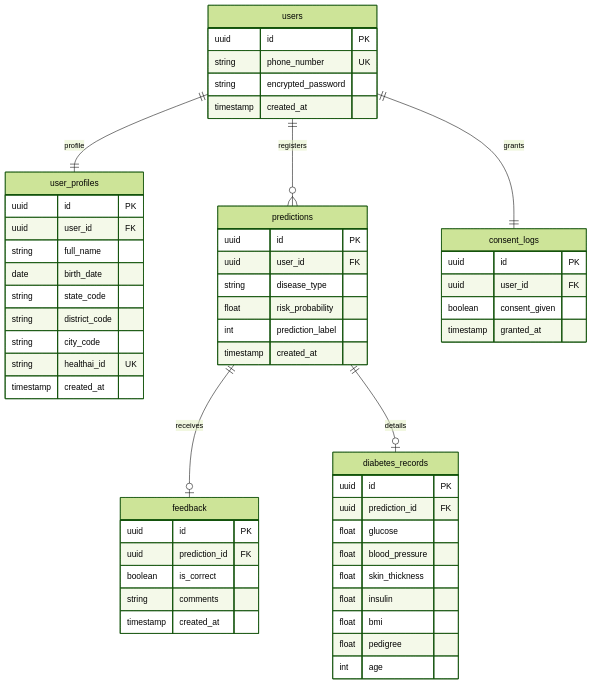
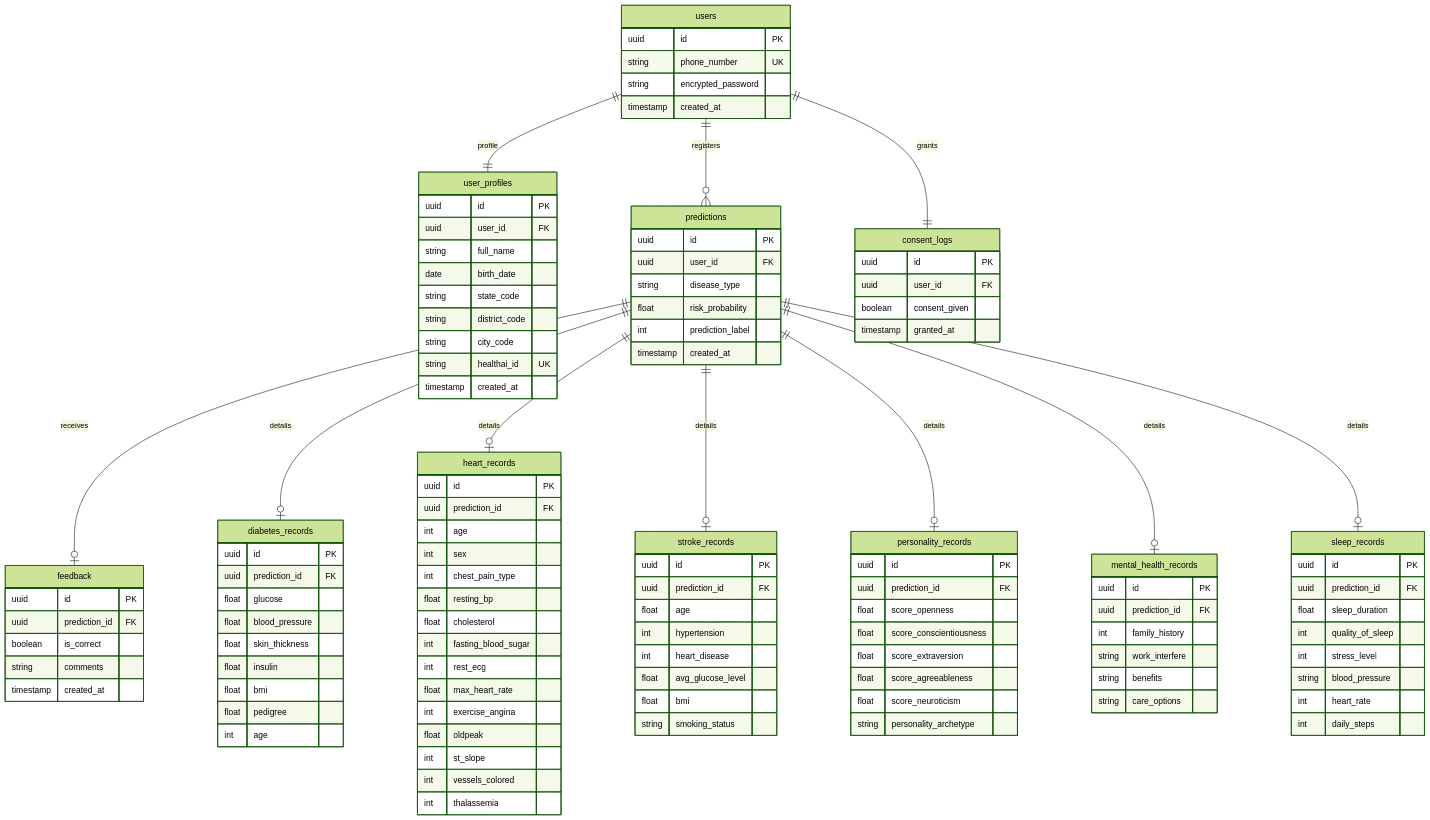
Before and after one commit to Subhadip-Paul2006/HealthCare-Model: the second of 3 diagrams in docs/THEORY.md, drawn with Mermaid (forest theme).

Commit message:
Modification of the specs

````diff
--- a/docs/THEORY.md
+++ b/docs/THEORY.md
@@ -352,10 +352,70 @@
         float pedigree
         int age
     }
+    heart_records {
+        uuid id PK
+        uuid prediction_id FK
+        int age
+        int sex
+        int chest_pain_type
+        float resting_bp
+        float cholesterol
+        int fasting_blood_sugar
+        int rest_ecg
+        float max_heart_rate
+        int exercise_angina
+        float oldpeak
+        int st_slope
+        int vessels_colored
+        int thalassemia
+    }
+    stroke_records {
+        uuid id PK
+        uuid prediction_id FK
+        float age
+        int hypertension
+        int heart_disease
+        float avg_glucose_level
+        float bmi
+        string smoking_status
+    }
+    personality_records {
+        uuid id PK
+        uuid prediction_id FK
+        float score_openness
+        float score_conscientiousness
+        float score_extraversion
+        float score_agreeableness
+        float score_neuroticism
+        string personality_archetype
+    }
+    mental_health_records {
+        uuid id PK
+        uuid prediction_id FK
+        int family_history
+        string work_interfere
+        string benefits
+        string care_options
+    }
+    sleep_records {
+        uuid id PK
+        uuid prediction_id FK
+        float sleep_duration
+        int quality_of_sleep
+        int stress_level
+        string blood_pressure
+        int heart_rate
+        int daily_steps
+    }
 
     users ||--|| user_profiles : "profile"
     users ||--o{ predictions : "registers"
     users ||--|| consent_logs : "grants"
     predictions ||--o| feedback : "receives"
     predictions ||--o| diabetes_records : "details"
+    predictions ||--o| heart_records : "details"
+    predictions ||--o| stroke_records : "details"
+    predictions ||--o| personality_records : "details"
+    predictions ||--o| mental_health_records : "details"
+    predictions ||--o| sleep_records : "details"
 ```
````
